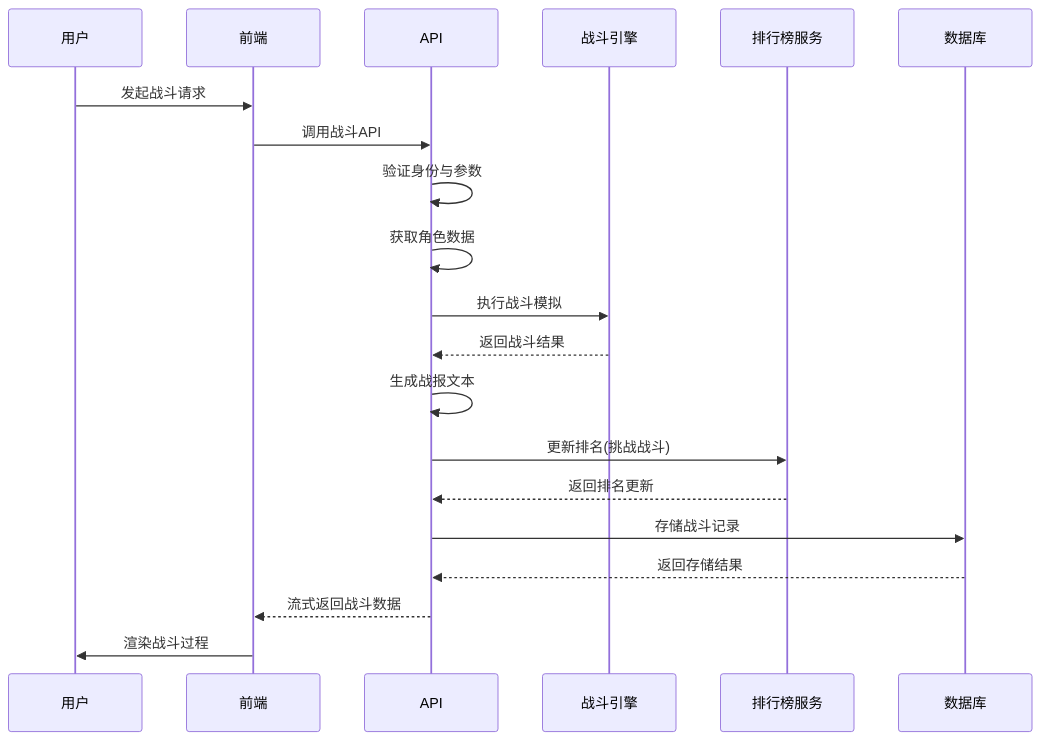
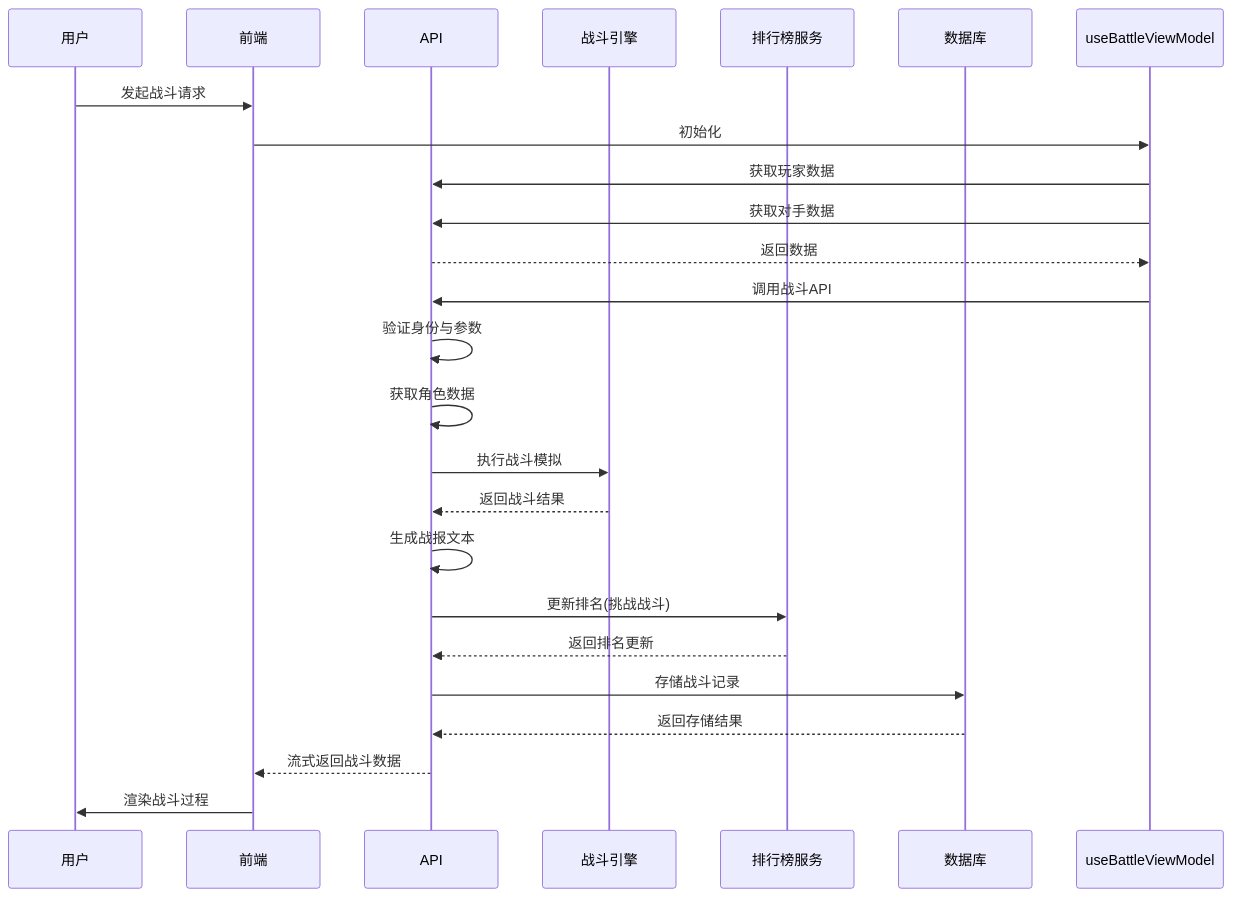
The ninth of 9 diagrams in .qoder/repowiki/zh/content/核心功能模块/战斗系统/战斗系统.md (ChurchTao/Daoyou), drawn with Mermaid before and after one commit. The commit also changed other lines of this file and 14 other files, not shown here.

````diff
--- a/.qoder/repowiki/zh/content/核心功能模块/战斗系统/战斗系统.md
+++ b/.qoder/repowiki/zh/content/核心功能模块/战斗系统/战斗系统.md
@@ -262,22 +326,26 @@
 ```mermaid
 sequenceDiagram
 participant 用户
 participant 前端
 participant API
 participant 战斗引擎
 participant 排行榜服务
 participant 数据库
 用户->>前端 : 发起战斗请求
-前端->>API : 调用战斗API
+前端->>useBattleViewModel : 初始化
+useBattleViewModel->>API : 获取玩家数据
+useBattleViewModel->>API : 获取对手数据
+API-->>useBattleViewModel : 返回数据
+useBattleViewModel->>API : 调用战斗API
 API->>API : 验证身份与参数
 API->>API : 获取角色数据
 API->>战斗引擎 : 执行战斗模拟
 战斗引擎-->>API : 返回战斗结果
 API->>API : 生成战报文本
 API->>排行榜服务 : 更新排名(挑战战斗)
 排行榜服务-->>API : 返回排名更新
 API->>数据库 : 存储战斗记录
 数据库-->>API : 返回存储结果
 API-->>前端 : 流式返回战斗数据
 前端->>用户 : 渲染战斗过程
 ```
````
